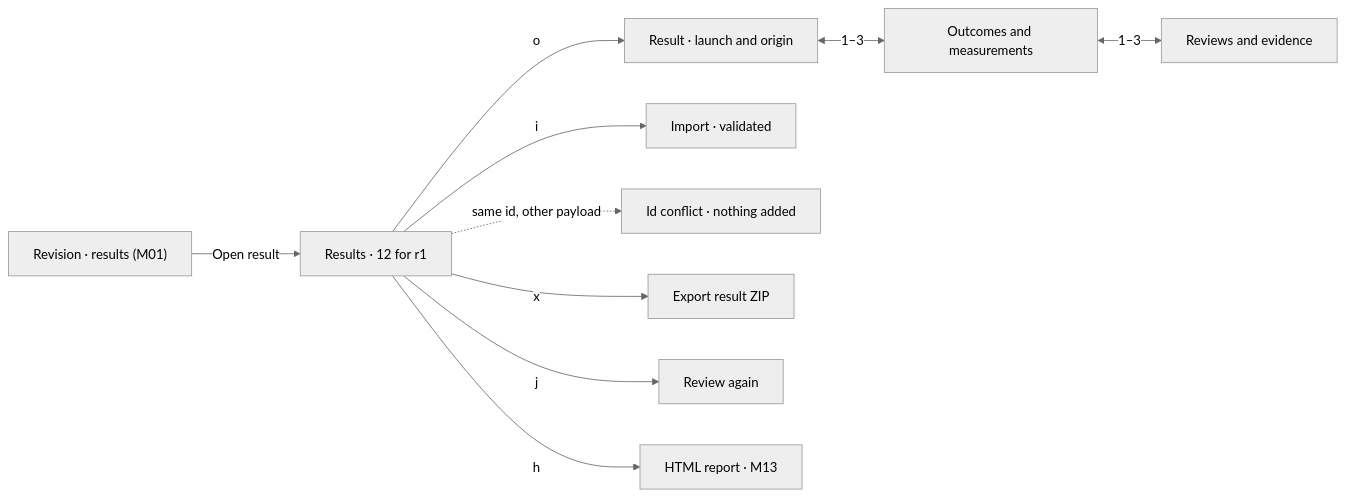
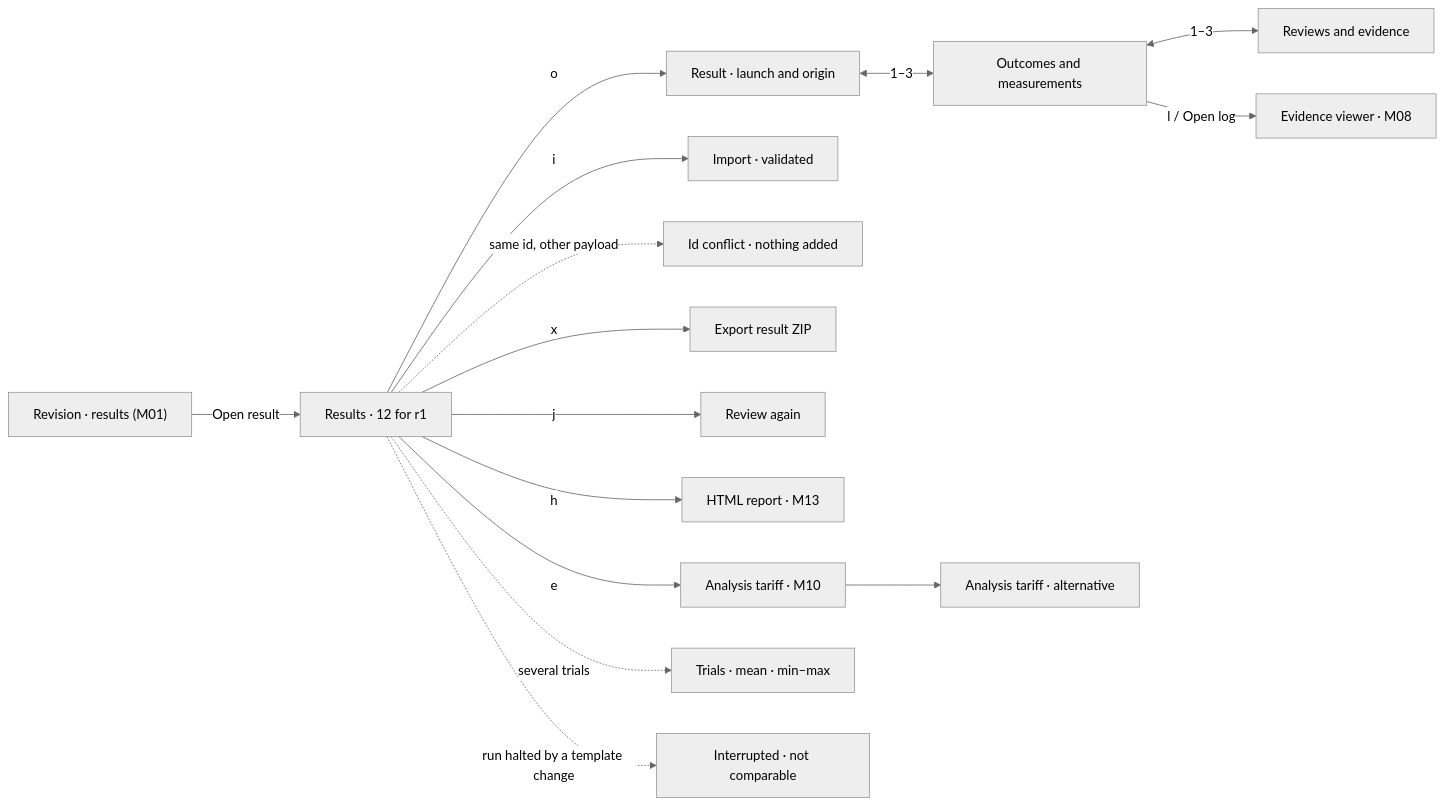
Before and after one commit to AxionomicAI/AxBenchmark: the seventh of 23 diagrams in spec/design/wireframe-tui/navigation.md, drawn with Mermaid (neutral theme). The commit also changed other lines of this file and 228 other files, not shown here.

````diff
--- a/spec/design/wireframe-tui/navigation.md
+++ b/spec/design/wireframe-tui/navigation.md
@@ -141,12 +162,17 @@
 ```mermaid
 flowchart LR
     TemplateResults["Revision · results (M01)"] -->|Open result| Results["Results · 12 for r1"]
     Results -->|o| ResultOrigin["Result · launch and origin"]
     ResultOrigin <-->|1–3| ResultOutcomes["Outcomes and measurements"]
     ResultOutcomes <-->|1–3| ResultReviews["Reviews and evidence"]
     Results -->|i| ResultImport["Import · validated"]
     Results -.->|same id, other payload| ResultImportConflict["Id conflict · nothing added"]
     Results -->|x| ExportResult["Export result ZIP"]
     Results -->|j| Rejudge["Review again"]
     Results -->|h| ReportGenerate["HTML report · M13"]
+    Results -->|e| TariffAnalysis["Analysis tariff · M10"]
+    TariffAnalysis --> ResultsAnalysisTariff["Analysis tariff · alternative"]
+    Results -.->|several trials| ResultsTrials["Trials · mean · min–max"]
+    Results -.->|run halted by a template change| ResultsHalted["Interrupted · not comparable"]
+    ResultOutcomes -->|l / Open log| EvidenceViewer["Evidence viewer · M08"]
 ```
````
